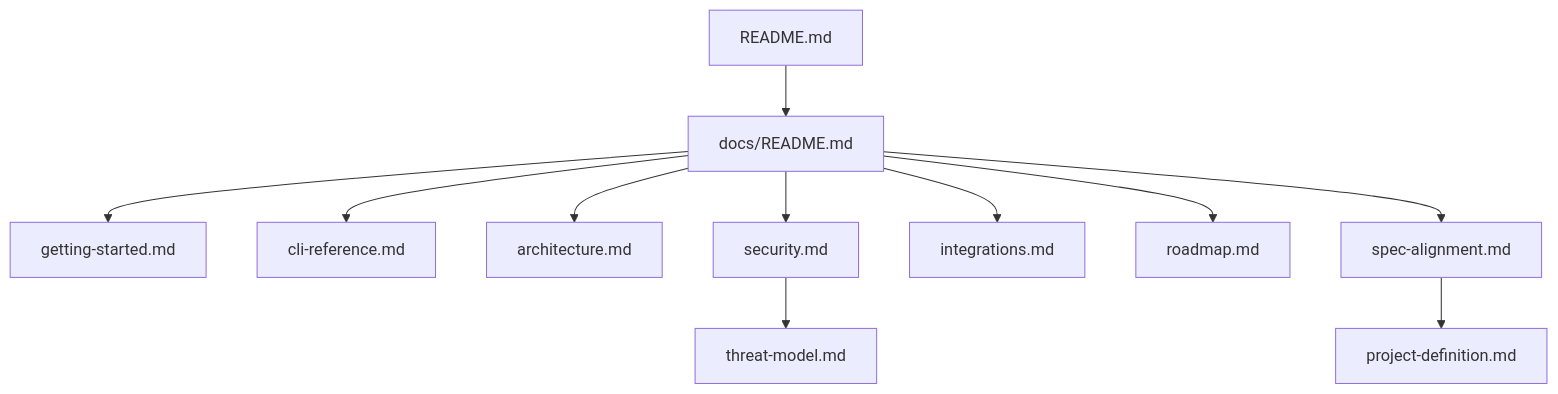
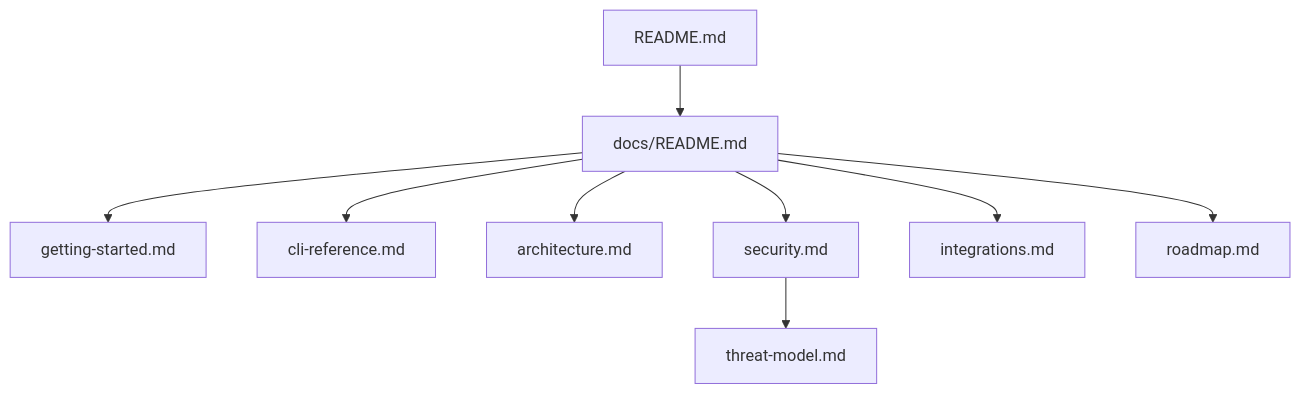
One commit to obsidia-systems/envlt changed the diagram in docs/README.md. Above: the diagram before and after it, drawn with Mermaid. The commit also changed other lines of this file and 7 other files, not shown here.

````diff
--- a/docs/README.md
+++ b/docs/README.md
@@ -39,13 +32,11 @@
 ```mermaid
 flowchart TD
     A[README.md] --> B[docs/README.md]
     B --> C[getting-started.md]
     B --> D[cli-reference.md]
     B --> E[architecture.md]
     B --> F[security.md]
     F --> G[threat-model.md]
     B --> H[integrations.md]
     B --> I[roadmap.md]
-    B --> J[spec-alignment.md]
-    J --> K[project-definition.md]
 ```
````
